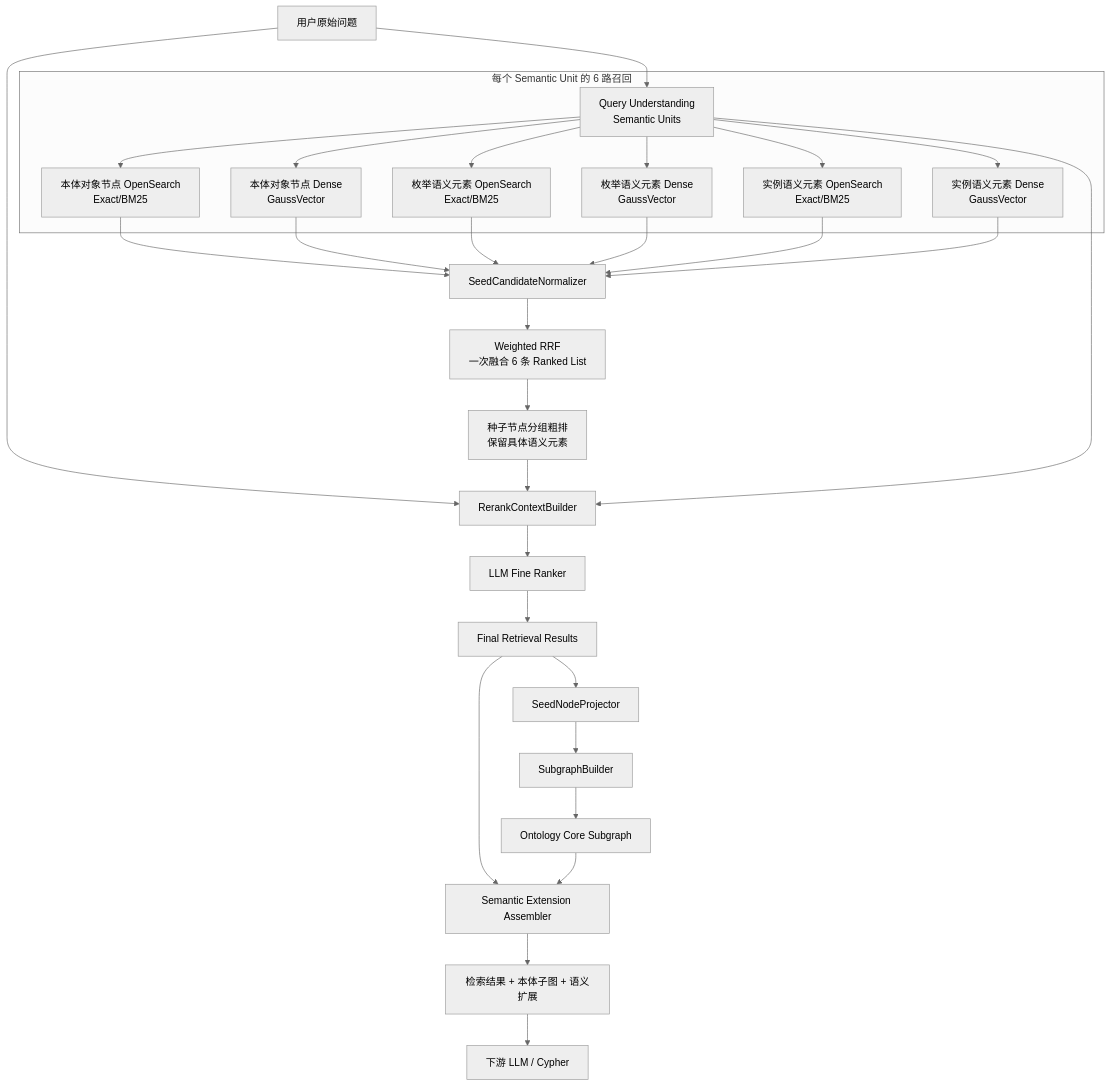
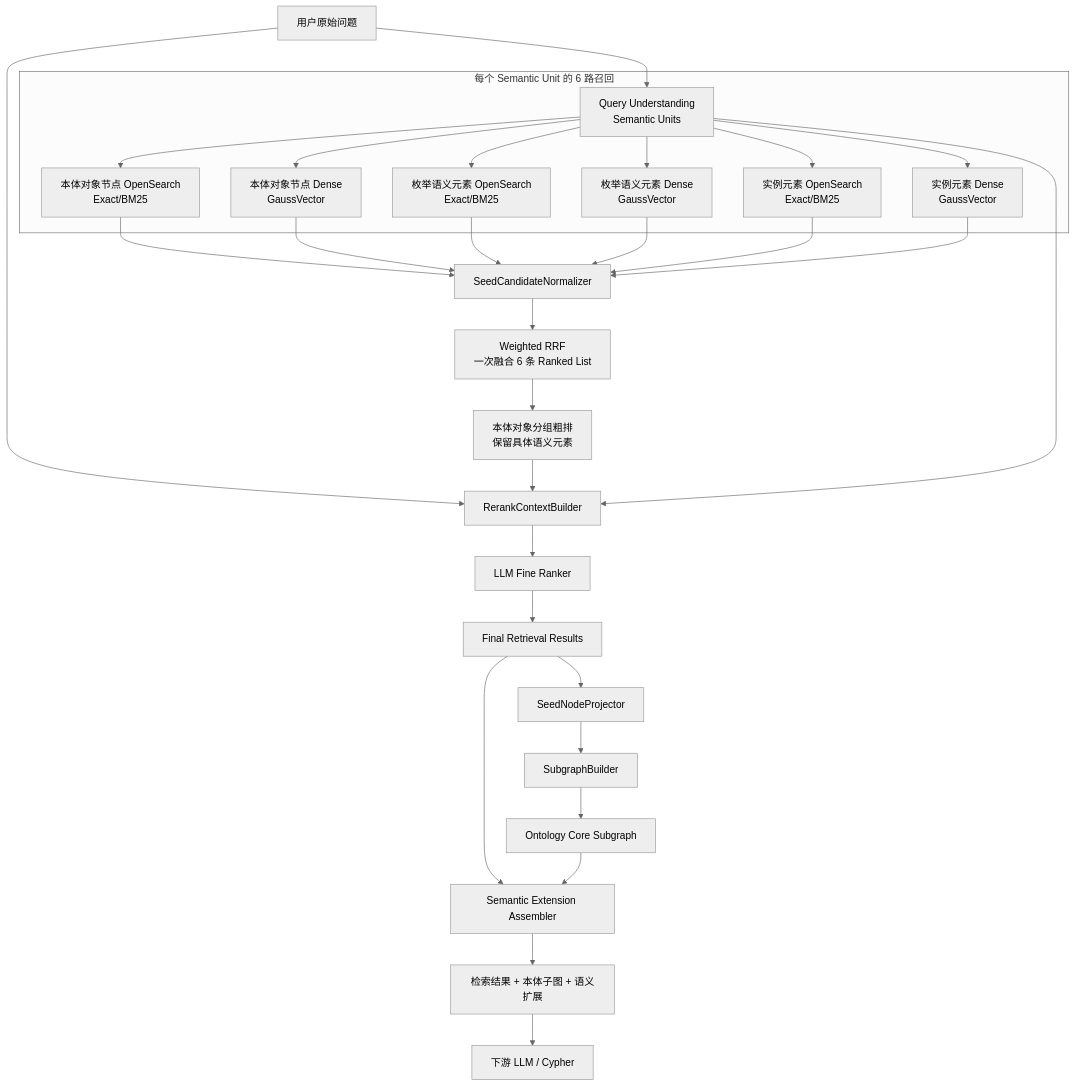
The first of 6 diagrams in docs/OAG本体锚点语义检索与向量索引设计方案.md (cfwl100/onology_dsl), drawn with Mermaid (neutral theme) before and after one commit. The commit also changed other lines of this file and 1 other file, not shown here.

````diff
--- a/docs/OAG本体锚点语义检索与向量索引设计方案.md
+++ b/docs/OAG本体锚点语义检索与向量索引设计方案.md
@@ -55,38 +56,38 @@
 ```mermaid
 flowchart TD
     Q[用户原始问题] --> QU[Query Understanding<br/>Semantic Units]
 
     subgraph RET[每个 Semantic Unit 的 6 路召回]
       QU --> SL[本体对象节点 OpenSearch<br/>Exact/BM25]
       QU --> SD[本体对象节点 Dense<br/>GaussVector]
       QU --> ML[枚举语义元素 OpenSearch<br/>Exact/BM25]
       QU --> MD[枚举语义元素 Dense<br/>GaussVector]
-      QU --> IL[实例语义元素 OpenSearch<br/>Exact/BM25]
-      QU --> ID[实例语义元素 Dense<br/>GaussVector]
+      QU --> IL[实例元素 OpenSearch<br/>Exact/BM25]
+      QU --> ID[实例元素 Dense<br/>GaussVector]
     end
 
     SL --> N[SeedCandidateNormalizer]
     SD --> N
     ML --> N
     MD --> N
     IL --> N
     ID --> N
 
     N --> RRF[Weighted RRF<br/>一次融合 6 条 Ranked List]
-    RRF --> COARSE[种子节点分组粗排<br/>保留具体语义元素]
+    RRF --> COARSE[本体对象分组粗排<br/>保留具体语义元素]
 
     Q --> RC[RerankContextBuilder]
     COARSE --> RC
     QU --> RC
     RC --> LLM[LLM Fine Ranker]
     LLM --> RESULT[Final Retrieval Results]
 
     RESULT --> SP[SeedNodeProjector]
     SP --> SG[SubgraphBuilder]
     SG --> CORE[Ontology Core Subgraph]
 
     RESULT --> EXT[Semantic Extension Assembler]
     CORE --> EXT
     EXT --> OUT[检索结果 + 本体子图 + 语义扩展]
     OUT --> CYPHER[下游 LLM / Cypher]
 ```
````
